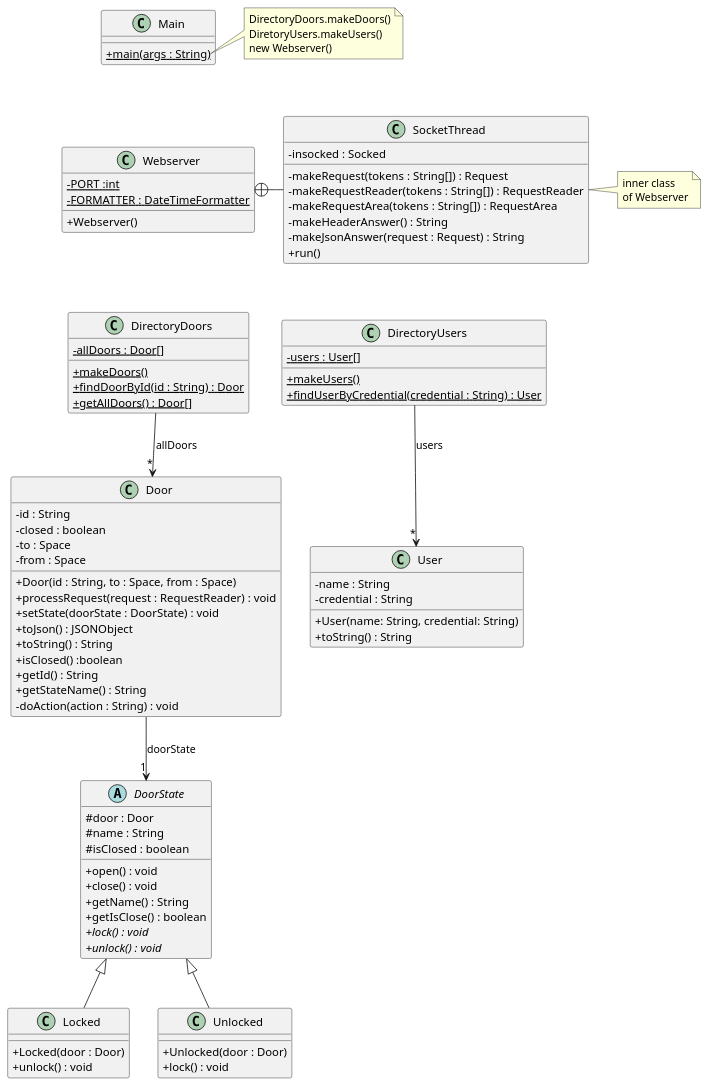
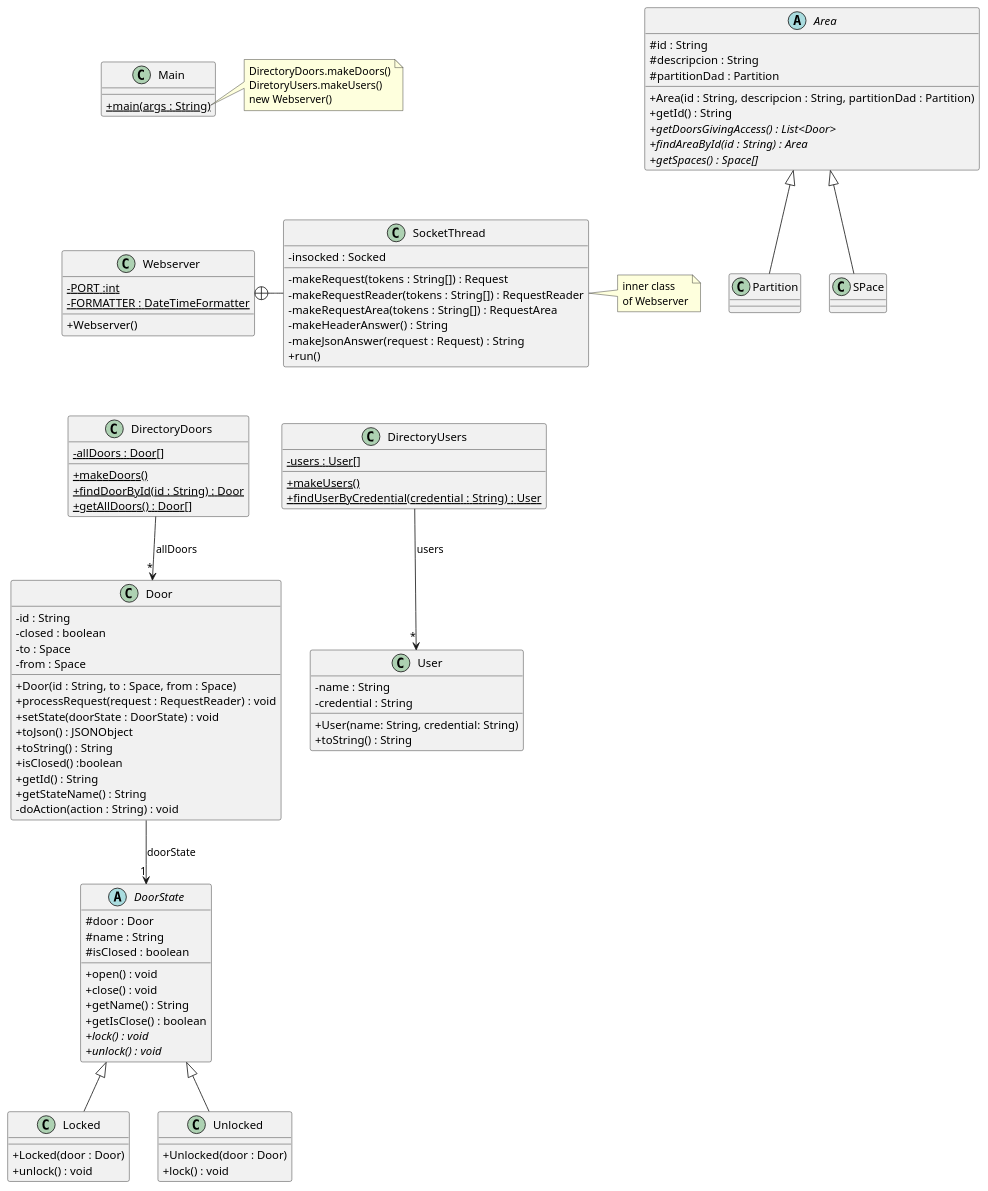
The diagram in out/production/acs_students-master/baseNoStates/uml/base_no_states.puml (Jordiyy/DSPracticas), drawn with PlantUML before and after one commit. The commit also changed 8 other files, not shown here.

```diff
--- a/out/production/acs_students-master/baseNoStates/uml/base_no_states.puml
+++ b/out/production/acs_students-master/baseNoStates/uml/base_no_states.puml
@@ -1,107 +1,126 @@
 @startuml
 'https://plantuml.com/class-diagram
 skinparam classAttributeIconSize 0
 
 class Webserver {
     - {static} PORT :int
     - {static} FORMATTER : DateTimeFormatter
     + Webserver()
 }
 
 class SocketThread {
     - insocked : Socked
     - makeRequest(tokens : String[]) : Request
     - makeRequestReader(tokens : String[]) : RequestReader
     - makeRequestArea(tokens : String[]) : RequestArea
     - makeHeaderAnswer() : String
     - makeJsonAnswer(request : Request) : String
     + run()
 }
 
 Webserver +-right- SocketThread
 
 note right of SocketThread
 inner class
 of Webserver
 end note
 
 class DirectoryDoors {
     - {static} allDoors : Door[]
     + {static} makeDoors()
     + {static} findDoorById(id : String) : Door
     + {static} getAllDoors() : Door[]
 }
 
 DirectoryDoors --> "*" Door : "allDoors"
 
 class DirectoryUsers {
     - {static} users : User[]
     + {static} makeUsers()
     + {static} findUserByCredential(credential : String) : User
 }
 
 DirectoryUsers --> "*" User : "users"
 
 class Door {
     - id : String
     - closed : boolean
     - to : Space
     - from : Space
     + Door(id : String, to : Space, from : Space)
     + processRequest(request : RequestReader) : void
     + setState(doorState : DoorState) : void
     + toJson() : JSONObject
     + toString() : String
     + isClosed() :boolean
     + getId() : String
     '+ setClosed(b : boolean)
     + getStateName() : String
     - doAction(action : String) : void
 }
 
 class User {
     - name : String
     - credential : String
     + User(name: String, credential: String)
     + toString() : String
 }
 
 Door --> "1" DoorState : doorState
 
 abstract class DoorState {
     # door : Door
     # name : String
     # isClosed : boolean
     + open() : void
     + close() : void
     + getName() : String
     + getIsClose() : boolean
     + {abstract} lock() : void
     + {abstract} unlock() : void
     '+ {abstract} unlockShortly() : void
 }
 
 class Locked extends DoorState {
     + Locked(door : Door)
     + unlock() : void
 }
 
 class Unlocked extends DoorState {
     + Unlocked(door : Door)
     + lock() : void
 }
 
+abstract class Area {
+    # id : String
+    # descripcion : String
+    # partitionDad : Partition
+    + Area(id : String, descripcion : String, partitionDad : Partition)
+    + getId() : String
+    + {abstract} getDoorsGivingAccess() : List<Door>
+    + {abstract} findAreaById(id : String) : Area
+    + {abstract} getSpaces() : Space[]
+}
+
+class Partition extends Area {
+
+}
+
+class SPace extends Area {
+
+}
+
 class Main {
     + {static} main(args : String)
 }
 
 note right of Main::main
 DirectoryDoors.makeDoors()
 DiretoryUsers.makeUsers()
 new Webserver()
 end note
 
 Main -[hidden]down- Webserver
 Webserver -[hidden]down- DirectoryDoors
 DirectoryDoors -[hidden]right- DirectoryUsers
 @enduml
```
